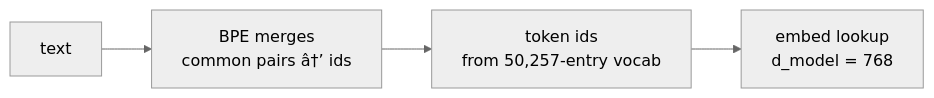
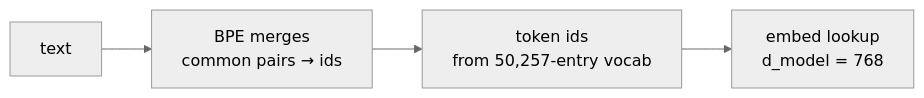
Before and after one commit to Mostakim2005/gpt-moe-3d-explainer: the second of 9 diagrams in docs/algorithms.md, drawn with Mermaid (neutral theme). The commit also changed other lines of this file and 11 other files, not shown here.

````diff
--- a/docs/algorithms.md
+++ b/docs/algorithms.md
@@ -35,6 +44,6 @@
 ```mermaid
 flowchart LR
-    IN[text] --> BPE[BPE merges\ncommon pairs â†’ ids]
+    IN[text] --> BPE[BPE merges\ncommon pairs → ids]
     BPE --> IDS[token ids\nfrom 50,257-entry vocab]
     IDS --> EMB[embed lookup\nd_model = 768]
 ```
````
